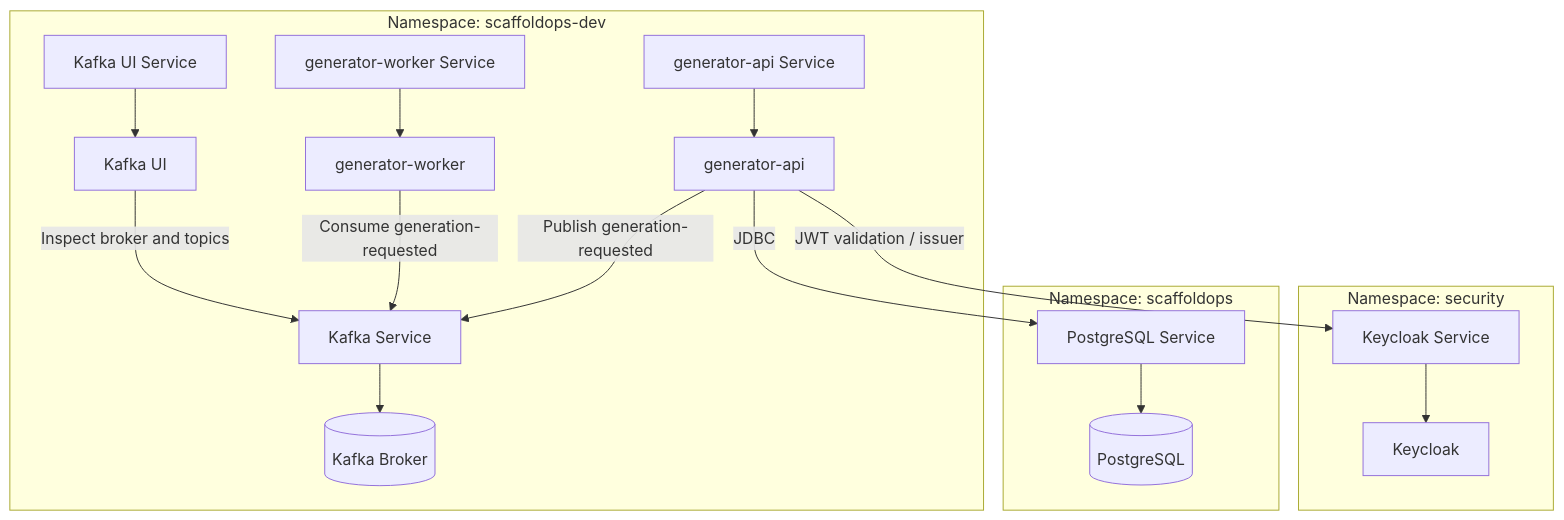
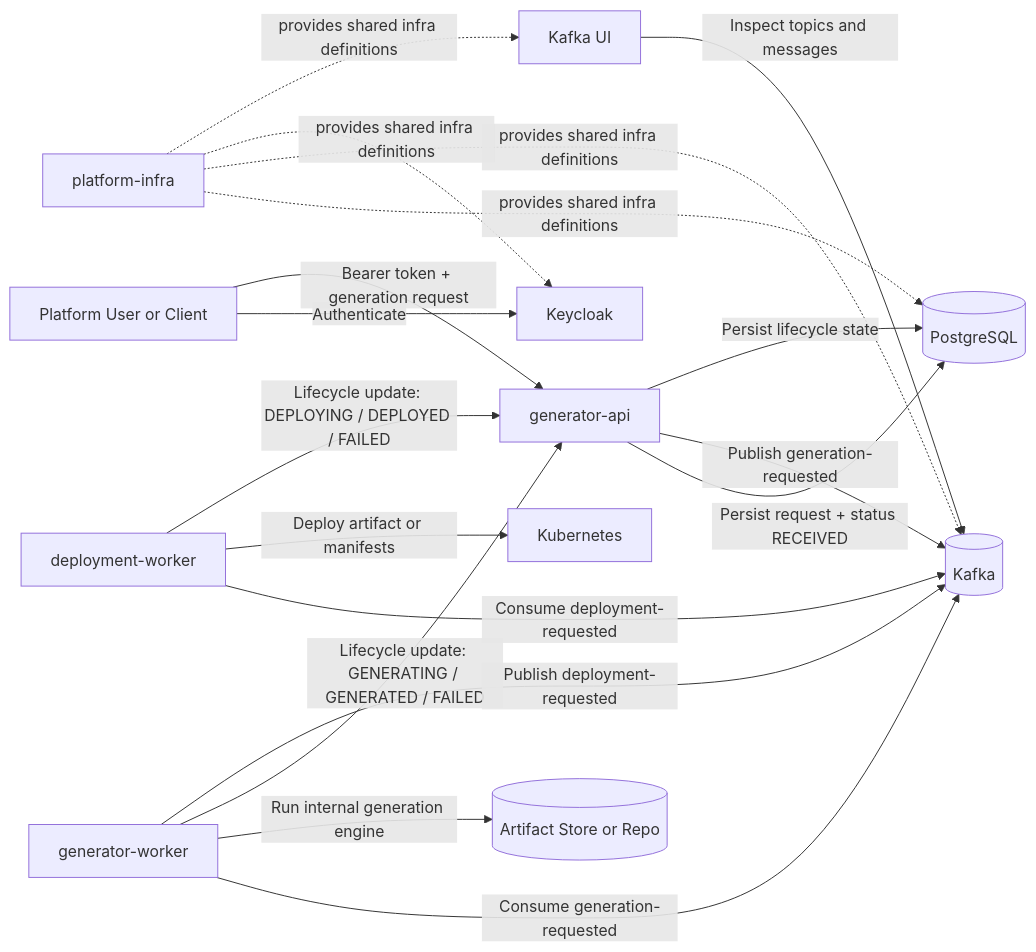
Before and after one commit to ScaffoldOps/scaffoldops-docs: the second of 2 diagrams in docs/architecture/high-level-architecture.md, drawn with Mermaid. The commit also changed other lines of this file and 4 other files, not shown here.

Commit message:
docs: update architecture and README to reflect current implementation and refined target state

````diff
--- a/docs/architecture/high-level-architecture.md
+++ b/docs/architecture/high-level-architecture.md
@@ -52,36 +61,36 @@
 ```mermaid
-flowchart TB
-    subgraph ns_security[Namespace: security]
-        keycloak_svc[Keycloak Service]
-        keycloak_pod[Keycloak]
-        keycloak_svc --> keycloak_pod
-    end
+flowchart LR
+    user[Platform User or Client]
+    keycloak[Keycloak]
+    api[generator-api]
+    db[(PostgreSQL)]
+    kafka[(Kafka)]
+    genworker[generator-worker]
+    depworker[deployment-worker]
+    artifacts[(Artifact Store or Repo)]
+    k8s[Kubernetes]
+    ui[Kafka UI]
+    infra[platform-infra]
 
-    subgraph ns_scaffoldops[Namespace: scaffoldops]
-        postgres_svc[PostgreSQL Service]
-        postgres_pod[(PostgreSQL)]
-        postgres_svc --> postgres_pod
-    end
+    user -->|Authenticate| keycloak
+    user -->|Bearer token + generation request| api
+    api -->|Persist request + status RECEIVED| db
+    api -->|Publish generation-requested| kafka
 
-    subgraph ns_scaffoldops_dev[Namespace: scaffoldops-dev]
-        api_svc[generator-api Service]
-        api_pod[generator-api]
-        worker_svc[generator-worker Service]
-        worker_pod[generator-worker]
-        kafka_svc[Kafka Service]
-        kafka_pod[(Kafka Broker)]
-        kafka_ui_svc[Kafka UI Service]
-        kafka_ui_pod[Kafka UI]
+    genworker -->|Consume generation-requested| kafka
+    genworker -->|Run internal generation engine| artifacts
+    genworker -->|Lifecycle update: GENERATING / GENERATED / FAILED| api
+    genworker -->|Publish deployment-requested| kafka
 
-        api_svc --> api_pod
-        worker_svc --> worker_pod
-        kafka_svc --> kafka_pod
-        kafka_ui_svc --> kafka_ui_pod
-    end
+    depworker -->|Consume deployment-requested| kafka
+    depworker -->|Deploy artifact or manifests| k8s
+    depworker -->|Lifecycle update: DEPLOYING / DEPLOYED / FAILED| api
 
-    api_pod -->|JDBC| postgres_svc
-    api_pod -->|JWT validation / issuer| keycloak_svc
-    api_pod -->|Publish generation-requested| kafka_svc
-    worker_pod -->|Consume generation-requested| kafka_svc
-    kafka_ui_pod -->|Inspect broker and topics| kafka_svc
+    api -->|Persist lifecycle state| db
+    ui -->|Inspect topics and messages| kafka
+
+    infra -. provides shared infra definitions .-> db
+    infra -. provides shared infra definitions .-> kafka
+    infra -. provides shared infra definitions .-> keycloak
+    infra -. provides shared infra definitions .-> ui
 ```
````
